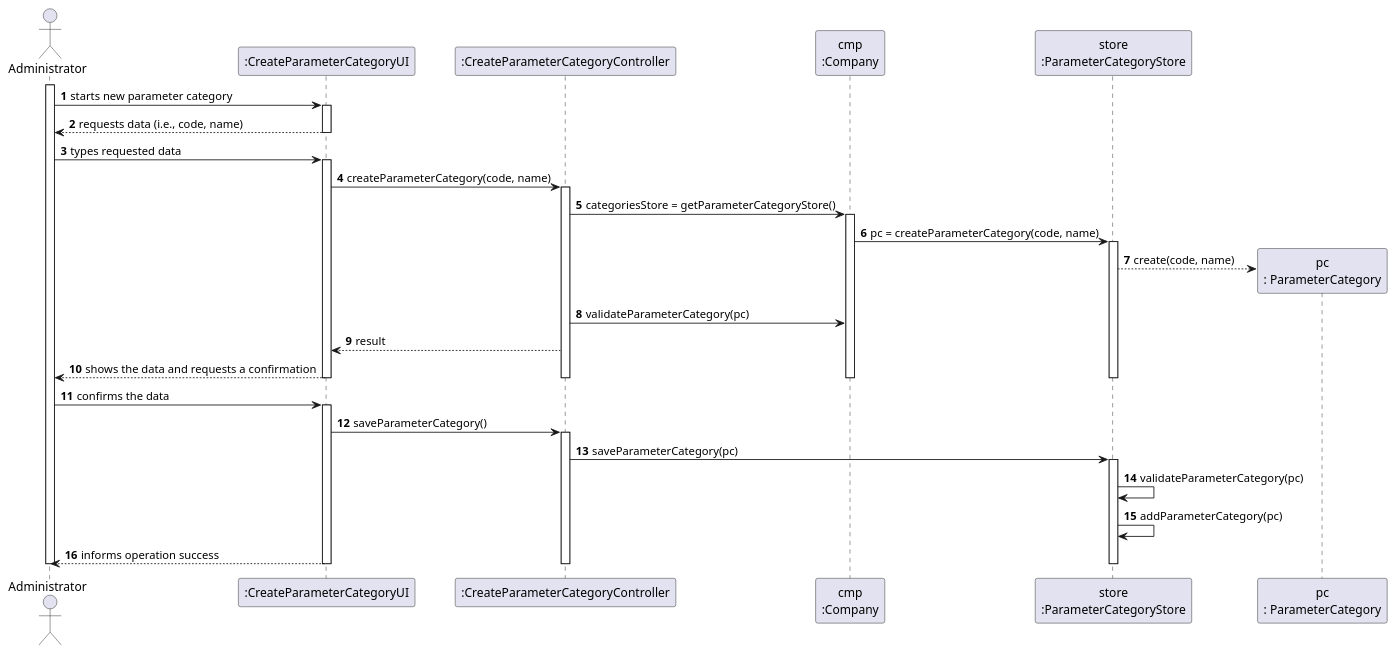
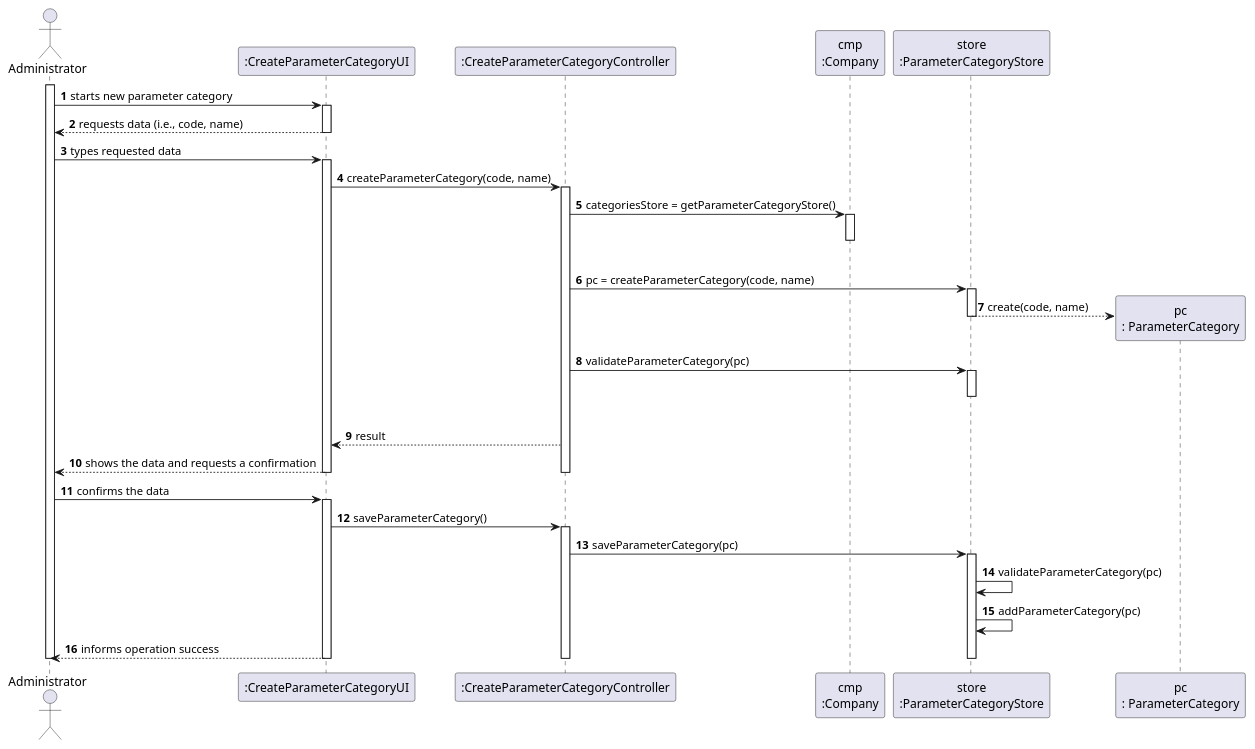
One commit to ana-albergaria/LAPR2-ISEP changed the diagram in docs/SprintB/US_11/US11_SD.puml. Above: the diagram before and after it, drawn with PlantUML. The commit also changed 7 other files, not shown here.

```diff
--- a/docs/SprintB/US_11/US11_SD.puml
+++ b/docs/SprintB/US_11/US11_SD.puml
@@ -1,60 +1,65 @@
 @startuml
 autonumber
 'hide footbox
 actor "Administrator" as ADM
 
 participant ":CreateParameterCategoryUI" as UI
 participant ":CreateParameterCategoryController" as CTRL
 participant "cmp\n:Company" as CMP
 participant "store\n:ParameterCategoryStore" as STORE
 participant "pc\n: ParameterCategory" as PC
 
 activate ADM
 ADM -> UI : starts new parameter category
 activate UI
 UI --> ADM : requests data (i.e., code, name)
 deactivate UI
 
 ADM -> UI : types requested data
 activate UI
 
 UI -> CTRL : createParameterCategory(code, name)
 activate CTRL
 
 CTRL -> CMP : categoriesStore = getParameterCategoryStore()
 activate CMP
+|||
+deactivate CMP
 
-CMP -> STORE : pc = createParameterCategory(code, name)
+CTRL -> STORE : pc = createParameterCategory(code, name)
 activate STORE
 STORE --> PC** : create(code, name)
+deactivate STORE
 
-CTRL -> CMP : validateParameterCategory(pc)
-
+CTRL -> STORE : validateParameterCategory(pc)
+activate STORE
+|||
+deactivate STORE
 CTRL --> UI: result
 
 UI --> ADM : shows the data and requests a confirmation
 deactivate STORE
 deactivate CTRL
 deactivate CMP
 deactivate UI
 
 ADM -> UI : confirms the data
 activate UI
 
 UI -> CTRL : saveParameterCategory()
 activate CTRL
 
 CTRL -> STORE : saveParameterCategory(pc)
 activate STORE
 
 STORE -> STORE : validateParameterCategory(pc)
 
 STORE -> STORE : addParameterCategory(pc)
 
 ADM <-- UI : informs operation success
 deactivate STORE
 deactivate CTRL
 deactivate UI
 deactivate ADM
 
 @enduml
```
